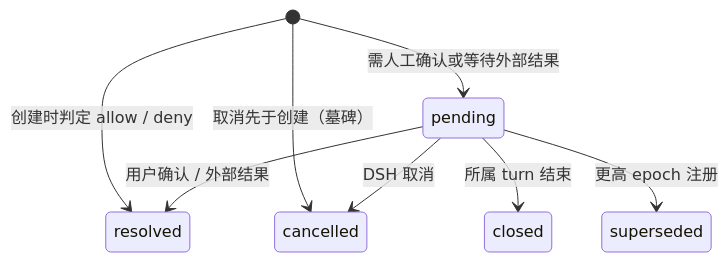
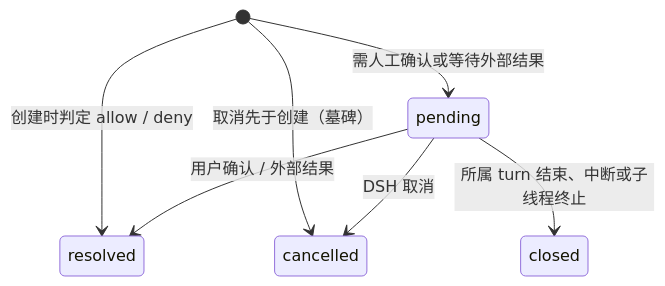
One commit to superduck-ai/open-managed-agents changed the first of 3 diagrams in docs/design/be/dsrv1/protocol.md. Above: the diagram before and after it, drawn with Mermaid. The commit also changed other lines of this file and 1 other file, not shown here.

First line of the commit message:
docs(dsr): keep pending approvals across takeover and allow suspension

````diff
--- a/docs/design/be/dsrv1/protocol.md
+++ b/docs/design/be/dsrv1/protocol.md
@@ -357,10 +358,9 @@
 ```mermaid
 stateDiagram-v2
     [*] --> resolved: 创建时判定 allow / deny
     [*] --> pending: 需人工确认或等待外部结果
     [*] --> cancelled: 取消先于创建（墓碑）
     pending --> resolved: 用户确认 / 外部结果
     pending --> cancelled: DSH 取消
-    pending --> closed: 所属 turn 结束
-    pending --> superseded: 更高 epoch 注册
+    pending --> closed: 所属 turn 结束、中断或子线程终止
 ```
````
